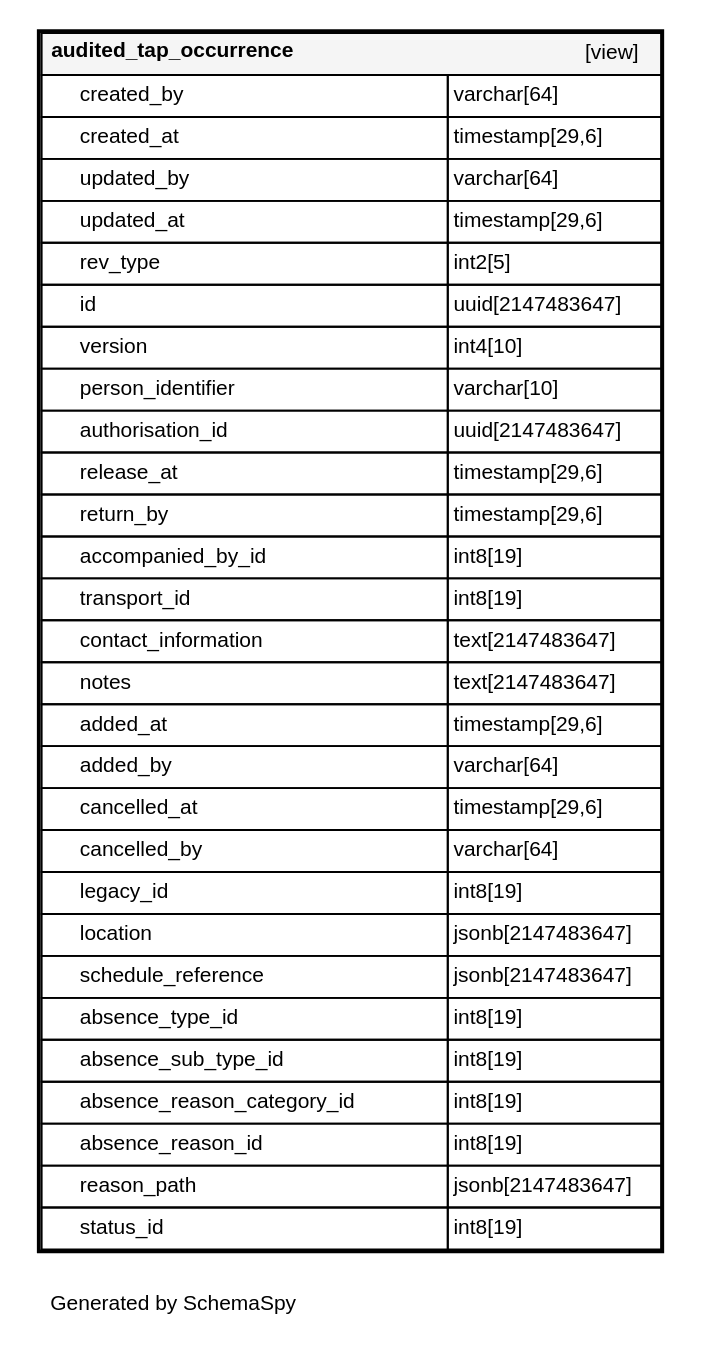
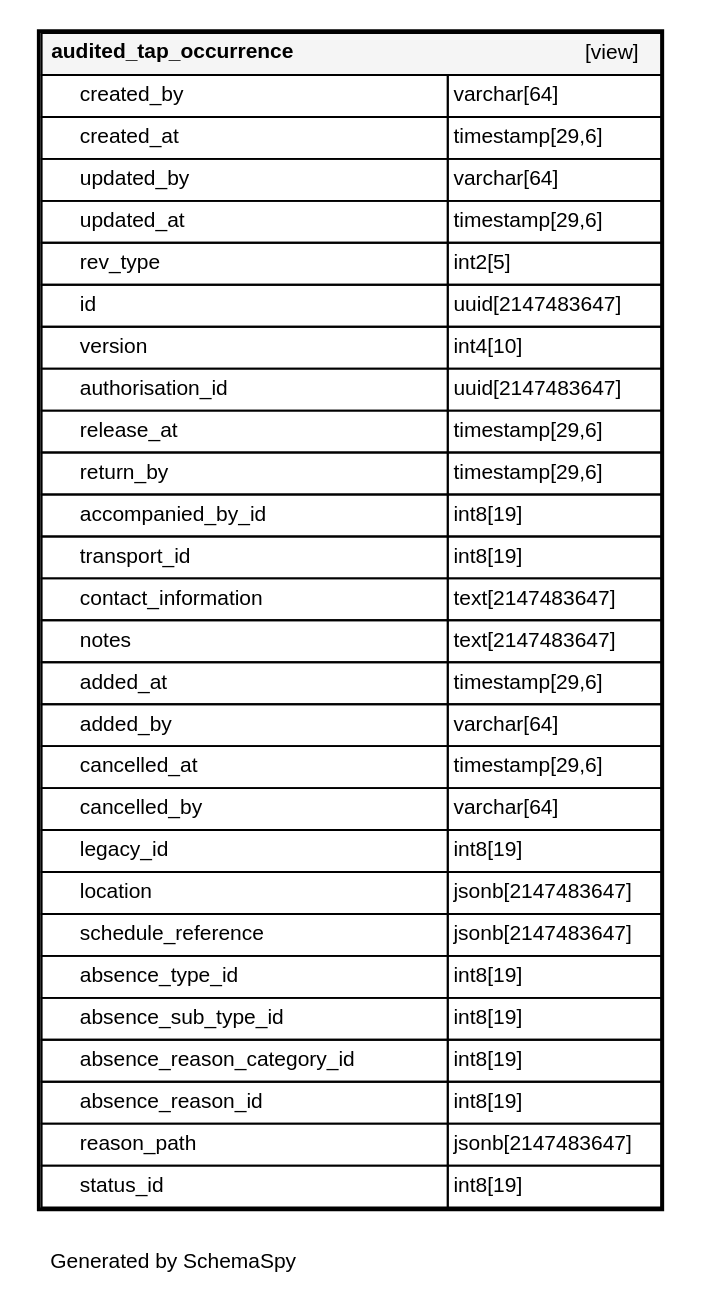
One commit to ministryofjustice/hmpps-external-movements-api changed the diagram in schema-spy-report/diagrams/tables/audited_tap_occurrence.1degree.dot. Above: the diagram before and after it, drawn with Graphviz. The commit also changed 26 other files, not shown here.

```diff
--- a/schema-spy-report/diagrams/tables/audited_tap_occurrence.1degree.dot
+++ b/schema-spy-report/diagrams/tables/audited_tap_occurrence.1degree.dot
@@ -1,40 +1,39 @@
 digraph "oneDegreeRelationshipsDiagram" {
   graph [    rankdir="RL"    bgcolor="#ffffff"    label="\nGenerated by SchemaSpy"    labeljust="l"    nodesep="0.18"    ranksep="0.46"    fontname="Helvetica"    fontsize="11"    ration="compress"  ];  node [    fontname="Helvetica"    fontsize="11"    shape="plaintext"  ];  edge [    arrowsize="0.8"  ];
   "audited_tap_occurrence" [
    label=<
     <TABLE BORDER="2" CELLBORDER="1" CELLSPACING="0" BGCOLOR="#ffffff">
       <TR><TD COLSPAN="4"  BGCOLOR="#f5f5f5"><TABLE BORDER="0" CELLSPACING="0"><TR><TD ALIGN="LEFT" FIXEDSIZE="TRUE" WIDTH="161" HEIGHT="16"><B>audited_tap_occurrence</B></TD><TD ALIGN="RIGHT">[view]</TD></TR></TABLE></TD></TR>
       <TR><TD PORT="created_by" COLSPAN="2" ALIGN="LEFT"><TABLE BORDER="0" CELLSPACING="0" ALIGN="LEFT"><TR ALIGN="LEFT"><TD ALIGN="LEFT" FIXEDSIZE="TRUE" WIDTH="15" HEIGHT="16"></TD><TD ALIGN="LEFT" FIXEDSIZE="TRUE" WIDTH="192" HEIGHT="16">created_by</TD></TR></TABLE></TD><TD PORT="created_by.type" ALIGN="LEFT">varchar[64]</TD></TR>
       <TR><TD PORT="created_at" COLSPAN="2" ALIGN="LEFT"><TABLE BORDER="0" CELLSPACING="0" ALIGN="LEFT"><TR ALIGN="LEFT"><TD ALIGN="LEFT" FIXEDSIZE="TRUE" WIDTH="15" HEIGHT="16"></TD><TD ALIGN="LEFT" FIXEDSIZE="TRUE" WIDTH="192" HEIGHT="16">created_at</TD></TR></TABLE></TD><TD PORT="created_at.type" ALIGN="LEFT">timestamp[29,6]</TD></TR>
       <TR><TD PORT="updated_by" COLSPAN="2" ALIGN="LEFT"><TABLE BORDER="0" CELLSPACING="0" ALIGN="LEFT"><TR ALIGN="LEFT"><TD ALIGN="LEFT" FIXEDSIZE="TRUE" WIDTH="15" HEIGHT="16"></TD><TD ALIGN="LEFT" FIXEDSIZE="TRUE" WIDTH="192" HEIGHT="16">updated_by</TD></TR></TABLE></TD><TD PORT="updated_by.type" ALIGN="LEFT">varchar[64]</TD></TR>
       <TR><TD PORT="updated_at" COLSPAN="2" ALIGN="LEFT"><TABLE BORDER="0" CELLSPACING="0" ALIGN="LEFT"><TR ALIGN="LEFT"><TD ALIGN="LEFT" FIXEDSIZE="TRUE" WIDTH="15" HEIGHT="16"></TD><TD ALIGN="LEFT" FIXEDSIZE="TRUE" WIDTH="192" HEIGHT="16">updated_at</TD></TR></TABLE></TD><TD PORT="updated_at.type" ALIGN="LEFT">timestamp[29,6]</TD></TR>
       <TR><TD PORT="rev_type" COLSPAN="2" ALIGN="LEFT"><TABLE BORDER="0" CELLSPACING="0" ALIGN="LEFT"><TR ALIGN="LEFT"><TD ALIGN="LEFT" FIXEDSIZE="TRUE" WIDTH="15" HEIGHT="16"></TD><TD ALIGN="LEFT" FIXEDSIZE="TRUE" WIDTH="192" HEIGHT="16">rev_type</TD></TR></TABLE></TD><TD PORT="rev_type.type" ALIGN="LEFT">int2[5]</TD></TR>
       <TR><TD PORT="id" COLSPAN="2" ALIGN="LEFT"><TABLE BORDER="0" CELLSPACING="0" ALIGN="LEFT"><TR ALIGN="LEFT"><TD ALIGN="LEFT" FIXEDSIZE="TRUE" WIDTH="15" HEIGHT="16"></TD><TD ALIGN="LEFT" FIXEDSIZE="TRUE" WIDTH="192" HEIGHT="16">id</TD></TR></TABLE></TD><TD PORT="id.type" ALIGN="LEFT">uuid[2147483647]</TD></TR>
       <TR><TD PORT="version" COLSPAN="2" ALIGN="LEFT"><TABLE BORDER="0" CELLSPACING="0" ALIGN="LEFT"><TR ALIGN="LEFT"><TD ALIGN="LEFT" FIXEDSIZE="TRUE" WIDTH="15" HEIGHT="16"></TD><TD ALIGN="LEFT" FIXEDSIZE="TRUE" WIDTH="192" HEIGHT="16">version</TD></TR></TABLE></TD><TD PORT="version.type" ALIGN="LEFT">int4[10]</TD></TR>
-      <TR><TD PORT="person_identifier" COLSPAN="2" ALIGN="LEFT"><TABLE BORDER="0" CELLSPACING="0" ALIGN="LEFT"><TR ALIGN="LEFT"><TD ALIGN="LEFT" FIXEDSIZE="TRUE" WIDTH="15" HEIGHT="16"></TD><TD ALIGN="LEFT" FIXEDSIZE="TRUE" WIDTH="192" HEIGHT="16">person_identifier</TD></TR></TABLE></TD><TD PORT="person_identifier.type" ALIGN="LEFT">varchar[10]</TD></TR>
       <TR><TD PORT="authorisation_id" COLSPAN="2" ALIGN="LEFT"><TABLE BORDER="0" CELLSPACING="0" ALIGN="LEFT"><TR ALIGN="LEFT"><TD ALIGN="LEFT" FIXEDSIZE="TRUE" WIDTH="15" HEIGHT="16"></TD><TD ALIGN="LEFT" FIXEDSIZE="TRUE" WIDTH="192" HEIGHT="16">authorisation_id</TD></TR></TABLE></TD><TD PORT="authorisation_id.type" ALIGN="LEFT">uuid[2147483647]</TD></TR>
       <TR><TD PORT="release_at" COLSPAN="2" ALIGN="LEFT"><TABLE BORDER="0" CELLSPACING="0" ALIGN="LEFT"><TR ALIGN="LEFT"><TD ALIGN="LEFT" FIXEDSIZE="TRUE" WIDTH="15" HEIGHT="16"></TD><TD ALIGN="LEFT" FIXEDSIZE="TRUE" WIDTH="192" HEIGHT="16">release_at</TD></TR></TABLE></TD><TD PORT="release_at.type" ALIGN="LEFT">timestamp[29,6]</TD></TR>
       <TR><TD PORT="return_by" COLSPAN="2" ALIGN="LEFT"><TABLE BORDER="0" CELLSPACING="0" ALIGN="LEFT"><TR ALIGN="LEFT"><TD ALIGN="LEFT" FIXEDSIZE="TRUE" WIDTH="15" HEIGHT="16"></TD><TD ALIGN="LEFT" FIXEDSIZE="TRUE" WIDTH="192" HEIGHT="16">return_by</TD></TR></TABLE></TD><TD PORT="return_by.type" ALIGN="LEFT">timestamp[29,6]</TD></TR>
       <TR><TD PORT="accompanied_by_id" COLSPAN="2" ALIGN="LEFT"><TABLE BORDER="0" CELLSPACING="0" ALIGN="LEFT"><TR ALIGN="LEFT"><TD ALIGN="LEFT" FIXEDSIZE="TRUE" WIDTH="15" HEIGHT="16"></TD><TD ALIGN="LEFT" FIXEDSIZE="TRUE" WIDTH="192" HEIGHT="16">accompanied_by_id</TD></TR></TABLE></TD><TD PORT="accompanied_by_id.type" ALIGN="LEFT">int8[19]</TD></TR>
       <TR><TD PORT="transport_id" COLSPAN="2" ALIGN="LEFT"><TABLE BORDER="0" CELLSPACING="0" ALIGN="LEFT"><TR ALIGN="LEFT"><TD ALIGN="LEFT" FIXEDSIZE="TRUE" WIDTH="15" HEIGHT="16"></TD><TD ALIGN="LEFT" FIXEDSIZE="TRUE" WIDTH="192" HEIGHT="16">transport_id</TD></TR></TABLE></TD><TD PORT="transport_id.type" ALIGN="LEFT">int8[19]</TD></TR>
       <TR><TD PORT="contact_information" COLSPAN="2" ALIGN="LEFT"><TABLE BORDER="0" CELLSPACING="0" ALIGN="LEFT"><TR ALIGN="LEFT"><TD ALIGN="LEFT" FIXEDSIZE="TRUE" WIDTH="15" HEIGHT="16"></TD><TD ALIGN="LEFT" FIXEDSIZE="TRUE" WIDTH="192" HEIGHT="16">contact_information</TD></TR></TABLE></TD><TD PORT="contact_information.type" ALIGN="LEFT">text[2147483647]</TD></TR>
       <TR><TD PORT="notes" COLSPAN="2" ALIGN="LEFT"><TABLE BORDER="0" CELLSPACING="0" ALIGN="LEFT"><TR ALIGN="LEFT"><TD ALIGN="LEFT" FIXEDSIZE="TRUE" WIDTH="15" HEIGHT="16"></TD><TD ALIGN="LEFT" FIXEDSIZE="TRUE" WIDTH="192" HEIGHT="16">notes</TD></TR></TABLE></TD><TD PORT="notes.type" ALIGN="LEFT">text[2147483647]</TD></TR>
       <TR><TD PORT="added_at" COLSPAN="2" ALIGN="LEFT"><TABLE BORDER="0" CELLSPACING="0" ALIGN="LEFT"><TR ALIGN="LEFT"><TD ALIGN="LEFT" FIXEDSIZE="TRUE" WIDTH="15" HEIGHT="16"></TD><TD ALIGN="LEFT" FIXEDSIZE="TRUE" WIDTH="192" HEIGHT="16">added_at</TD></TR></TABLE></TD><TD PORT="added_at.type" ALIGN="LEFT">timestamp[29,6]</TD></TR>
       <TR><TD PORT="added_by" COLSPAN="2" ALIGN="LEFT"><TABLE BORDER="0" CELLSPACING="0" ALIGN="LEFT"><TR ALIGN="LEFT"><TD ALIGN="LEFT" FIXEDSIZE="TRUE" WIDTH="15" HEIGHT="16"></TD><TD ALIGN="LEFT" FIXEDSIZE="TRUE" WIDTH="192" HEIGHT="16">added_by</TD></TR></TABLE></TD><TD PORT="added_by.type" ALIGN="LEFT">varchar[64]</TD></TR>
       <TR><TD PORT="cancelled_at" COLSPAN="2" ALIGN="LEFT"><TABLE BORDER="0" CELLSPACING="0" ALIGN="LEFT"><TR ALIGN="LEFT"><TD ALIGN="LEFT" FIXEDSIZE="TRUE" WIDTH="15" HEIGHT="16"></TD><TD ALIGN="LEFT" FIXEDSIZE="TRUE" WIDTH="192" HEIGHT="16">cancelled_at</TD></TR></TABLE></TD><TD PORT="cancelled_at.type" ALIGN="LEFT">timestamp[29,6]</TD></TR>
       <TR><TD PORT="cancelled_by" COLSPAN="2" ALIGN="LEFT"><TABLE BORDER="0" CELLSPACING="0" ALIGN="LEFT"><TR ALIGN="LEFT"><TD ALIGN="LEFT" FIXEDSIZE="TRUE" WIDTH="15" HEIGHT="16"></TD><TD ALIGN="LEFT" FIXEDSIZE="TRUE" WIDTH="192" HEIGHT="16">cancelled_by</TD></TR></TABLE></TD><TD PORT="cancelled_by.type" ALIGN="LEFT">varchar[64]</TD></TR>
       <TR><TD PORT="legacy_id" COLSPAN="2" ALIGN="LEFT"><TABLE BORDER="0" CELLSPACING="0" ALIGN="LEFT"><TR ALIGN="LEFT"><TD ALIGN="LEFT" FIXEDSIZE="TRUE" WIDTH="15" HEIGHT="16"></TD><TD ALIGN="LEFT" FIXEDSIZE="TRUE" WIDTH="192" HEIGHT="16">legacy_id</TD></TR></TABLE></TD><TD PORT="legacy_id.type" ALIGN="LEFT">int8[19]</TD></TR>
       <TR><TD PORT="location" COLSPAN="2" ALIGN="LEFT"><TABLE BORDER="0" CELLSPACING="0" ALIGN="LEFT"><TR ALIGN="LEFT"><TD ALIGN="LEFT" FIXEDSIZE="TRUE" WIDTH="15" HEIGHT="16"></TD><TD ALIGN="LEFT" FIXEDSIZE="TRUE" WIDTH="192" HEIGHT="16">location</TD></TR></TABLE></TD><TD PORT="location.type" ALIGN="LEFT">jsonb[2147483647]</TD></TR>
       <TR><TD PORT="schedule_reference" COLSPAN="2" ALIGN="LEFT"><TABLE BORDER="0" CELLSPACING="0" ALIGN="LEFT"><TR ALIGN="LEFT"><TD ALIGN="LEFT" FIXEDSIZE="TRUE" WIDTH="15" HEIGHT="16"></TD><TD ALIGN="LEFT" FIXEDSIZE="TRUE" WIDTH="192" HEIGHT="16">schedule_reference</TD></TR></TABLE></TD><TD PORT="schedule_reference.type" ALIGN="LEFT">jsonb[2147483647]</TD></TR>
       <TR><TD PORT="absence_type_id" COLSPAN="2" ALIGN="LEFT"><TABLE BORDER="0" CELLSPACING="0" ALIGN="LEFT"><TR ALIGN="LEFT"><TD ALIGN="LEFT" FIXEDSIZE="TRUE" WIDTH="15" HEIGHT="16"></TD><TD ALIGN="LEFT" FIXEDSIZE="TRUE" WIDTH="192" HEIGHT="16">absence_type_id</TD></TR></TABLE></TD><TD PORT="absence_type_id.type" ALIGN="LEFT">int8[19]</TD></TR>
       <TR><TD PORT="absence_sub_type_id" COLSPAN="2" ALIGN="LEFT"><TABLE BORDER="0" CELLSPACING="0" ALIGN="LEFT"><TR ALIGN="LEFT"><TD ALIGN="LEFT" FIXEDSIZE="TRUE" WIDTH="15" HEIGHT="16"></TD><TD ALIGN="LEFT" FIXEDSIZE="TRUE" WIDTH="192" HEIGHT="16">absence_sub_type_id</TD></TR></TABLE></TD><TD PORT="absence_sub_type_id.type" ALIGN="LEFT">int8[19]</TD></TR>
       <TR><TD PORT="absence_reason_category_id" COLSPAN="2" ALIGN="LEFT"><TABLE BORDER="0" CELLSPACING="0" ALIGN="LEFT"><TR ALIGN="LEFT"><TD ALIGN="LEFT" FIXEDSIZE="TRUE" WIDTH="15" HEIGHT="16"></TD><TD ALIGN="LEFT" FIXEDSIZE="TRUE" WIDTH="192" HEIGHT="16">absence_reason_category_id</TD></TR></TABLE></TD><TD PORT="absence_reason_category_id.type" ALIGN="LEFT">int8[19]</TD></TR>
       <TR><TD PORT="absence_reason_id" COLSPAN="2" ALIGN="LEFT"><TABLE BORDER="0" CELLSPACING="0" ALIGN="LEFT"><TR ALIGN="LEFT"><TD ALIGN="LEFT" FIXEDSIZE="TRUE" WIDTH="15" HEIGHT="16"></TD><TD ALIGN="LEFT" FIXEDSIZE="TRUE" WIDTH="192" HEIGHT="16">absence_reason_id</TD></TR></TABLE></TD><TD PORT="absence_reason_id.type" ALIGN="LEFT">int8[19]</TD></TR>
       <TR><TD PORT="reason_path" COLSPAN="2" ALIGN="LEFT"><TABLE BORDER="0" CELLSPACING="0" ALIGN="LEFT"><TR ALIGN="LEFT"><TD ALIGN="LEFT" FIXEDSIZE="TRUE" WIDTH="15" HEIGHT="16"></TD><TD ALIGN="LEFT" FIXEDSIZE="TRUE" WIDTH="192" HEIGHT="16">reason_path</TD></TR></TABLE></TD><TD PORT="reason_path.type" ALIGN="LEFT">jsonb[2147483647]</TD></TR>
       <TR><TD PORT="status_id" COLSPAN="2" ALIGN="LEFT"><TABLE BORDER="0" CELLSPACING="0" ALIGN="LEFT"><TR ALIGN="LEFT"><TD ALIGN="LEFT" FIXEDSIZE="TRUE" WIDTH="15" HEIGHT="16"></TD><TD ALIGN="LEFT" FIXEDSIZE="TRUE" WIDTH="192" HEIGHT="16">status_id</TD></TR></TABLE></TD><TD PORT="status_id.type" ALIGN="LEFT">int8[19]</TD></TR>
     </TABLE>>
     URL="../../tables/audited_tap_occurrence.html"
     target="_top"
     tooltip="audited_tap_occurrence"
   ];
 }
```
